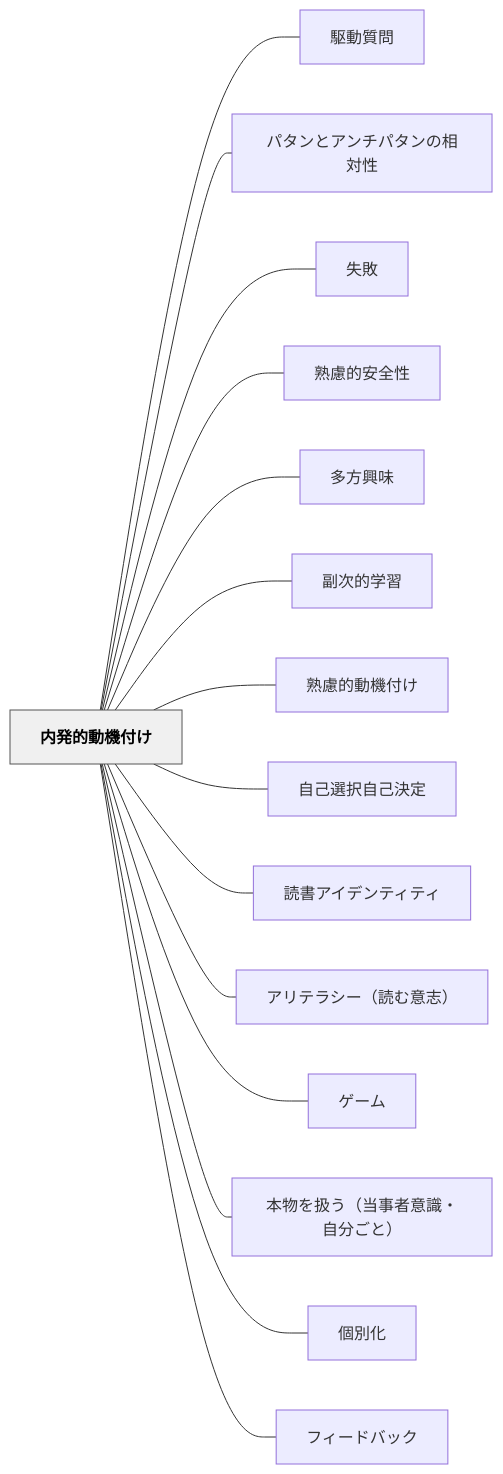
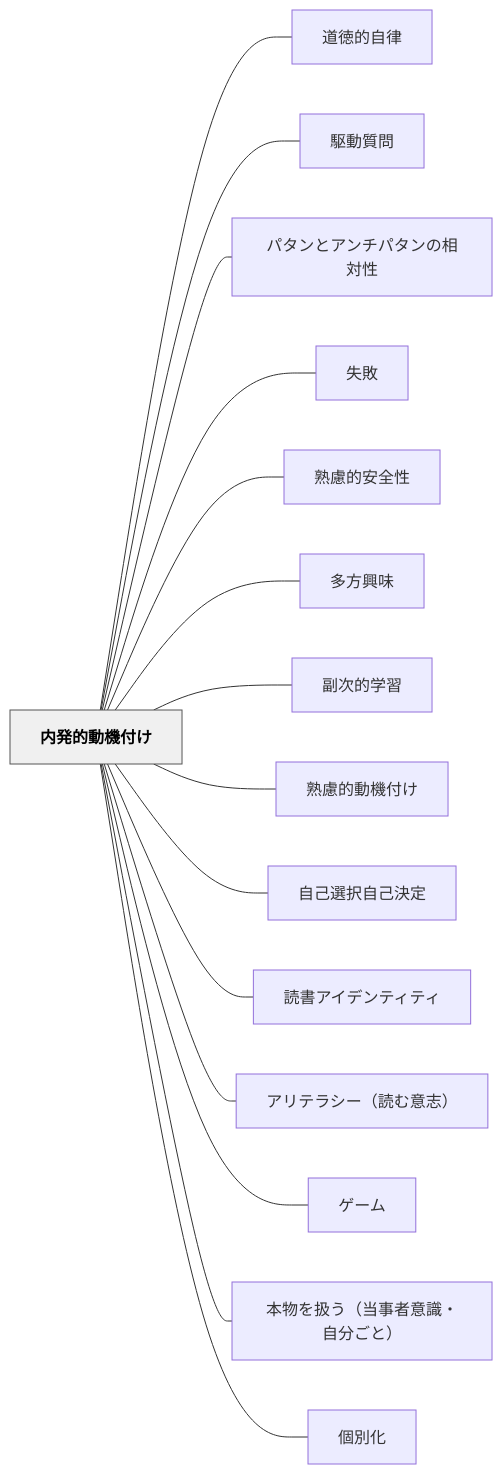
Before and after one commit to unknownthings-ed-patterns/unknownthings-ed-patterns: the diagram in content/パタン/内発的動機付け.md, drawn with Mermaid. The commit also changed other lines of this file and 12 other files, not shown here.

````diff
--- a/content/パタン/内発的動機付け.md
+++ b/content/パタン/内発的動機付け.md
@@ -198,36 +199,36 @@
 ```mermaid
 flowchart LR
     ne58685e799bae79a84e58b95e6a99fe4bb98e38191["内発的動機付け"]
+    ne98193e5beb3e79a84e887aae5be8b["道徳的自律"]
     ne9a786e58b95e8b3aae5958f["駆動質問"]
     ne38391e382bfe383b3e381a8e382a2e383b3e38381e38391e382bfe383b3e381aee79bb8e5afbee680a7["パタンとアンチパタンの相対性"]
     ne5a4b1e69597["失敗"]
     ne7869fe685aee79a84e5ae89e585a8e680a7["熟慮的安全性"]
     ne5a49ae696b9e88888e591b3["多方興味"]
     ne589afe6aca1e79a84e5ada6e7bf92["副次的学習"]
     ne7869fe685aee79a84e58b95e6a99fe4bb98e38191["熟慮的動機付け"]
     ne887aae5b7b1e981b8e68a9ee887aae5b7b1e6b1bae5ae9a["自己選択自己決定"]
     ne8aaade69bb8e382a2e382a4e38387e383b3e38386e382a3e38386e382a3["読書アイデンティティ"]
     ne382a2e383aae38386e383a9e382b7e383bcefbc88e8aaade38280e6848fe5bf97efbc89["アリテラシー（読む意志）"]
     ne382b2e383bce383a0["ゲーム"]
     ne69cace789a9e38292e689b1e38186efbc88e5bd93e4ba8be88085e6848fe8ad98e383bbe887aae58886e38194e381a8efbc89["本物を扱う（当事者意識・自分ごと）"]
     ne5808be588a5e58c96["個別化"]
-    ne38395e382a3e383bce38389e38390e38383e382af["フィードバック"]
 
+    ne58685e799bae79a84e58b95e6a99fe4bb98e38191 --- ne98193e5beb3e79a84e887aae5be8b
     ne58685e799bae79a84e58b95e6a99fe4bb98e38191 --- ne9a786e58b95e8b3aae5958f
     ne58685e799bae79a84e58b95e6a99fe4bb98e38191 --- ne38391e382bfe383b3e381a8e382a2e383b3e38381e38391e382bfe383b3e381aee79bb8e5afbee680a7
     ne58685e799bae79a84e58b95e6a99fe4bb98e38191 --- ne5a4b1e69597
     ne58685e799bae79a84e58b95e6a99fe4bb98e38191 --- ne7869fe685aee79a84e5ae89e585a8e680a7
     ne58685e799bae79a84e58b95e6a99fe4bb98e38191 --- ne5a49ae696b9e88888e591b3
     ne58685e799bae79a84e58b95e6a99fe4bb98e38191 --- ne589afe6aca1e79a84e5ada6e7bf92
     ne58685e799bae79a84e58b95e6a99fe4bb98e38191 --- ne7869fe685aee79a84e58b95e6a99fe4bb98e38191
     ne58685e799bae79a84e58b95e6a99fe4bb98e38191 --- ne887aae5b7b1e981b8e68a9ee887aae5b7b1e6b1bae5ae9a
     ne58685e799bae79a84e58b95e6a99fe4bb98e38191 --- ne8aaade69bb8e382a2e382a4e38387e383b3e38386e382a3e38386e382a3
     ne58685e799bae79a84e58b95e6a99fe4bb98e38191 --- ne382a2e383aae38386e383a9e382b7e383bcefbc88e8aaade38280e6848fe5bf97efbc89
     ne58685e799bae79a84e58b95e6a99fe4bb98e38191 --- ne382b2e383bce383a0
     ne58685e799bae79a84e58b95e6a99fe4bb98e38191 --- ne69cace789a9e38292e689b1e38186efbc88e5bd93e4ba8be88085e6848fe8ad98e383bbe887aae58886e38194e381a8efbc89
     ne58685e799bae79a84e58b95e6a99fe4bb98e38191 --- ne5808be588a5e58c96
-    ne58685e799bae79a84e58b95e6a99fe4bb98e38191 --- ne38395e382a3e383bce38389e38390e38383e382af
 
     classDef hub fill:#f0f0f0,stroke:#555,color:#000,font-weight:bold
     class ne58685e799bae79a84e58b95e6a99fe4bb98e38191 hub
 ```
````
